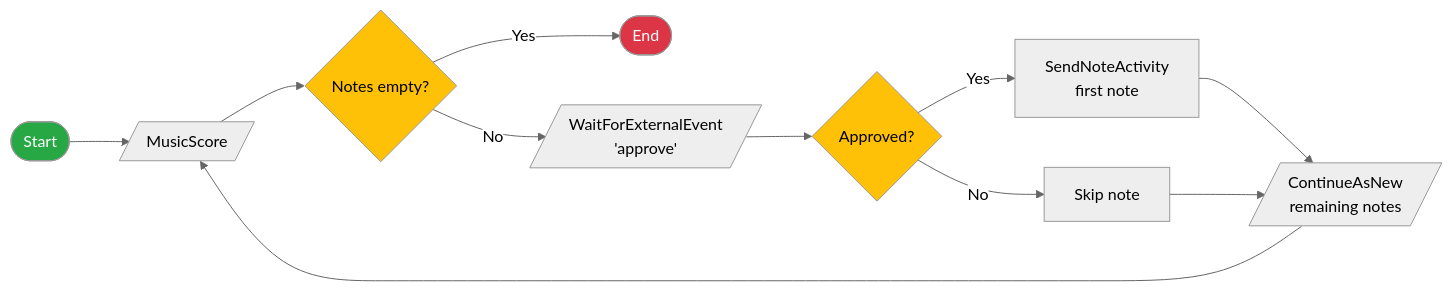
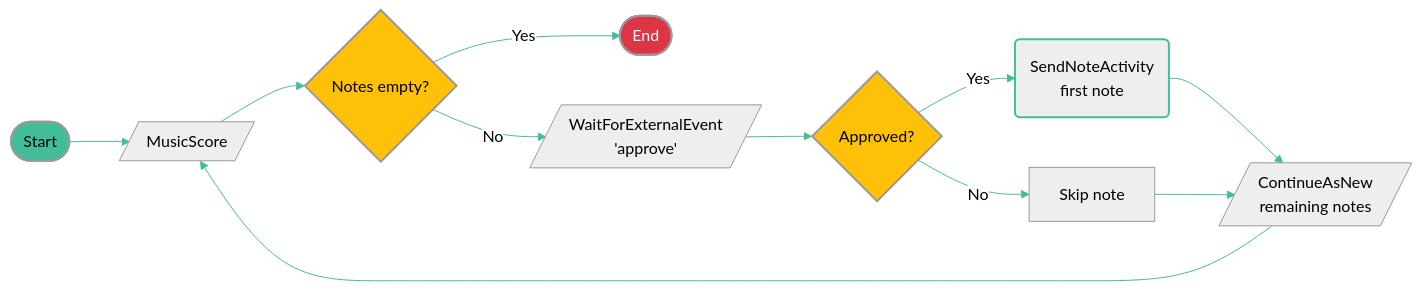
One commit to diagrid-labs/dapr-workflow-concerto changed the diagram in .demo/slides/03-tech-setup/04d-music-workflow-v5-diagram.md. Above: the diagram before and after it, drawn with Mermaid (neutral theme). The commit also changed 8 other files, not shown here.

Commit message:
Update mermaid styles

````diff
--- a/.demo/slides/03-tech-setup/04d-music-workflow-v5-diagram.md
+++ b/.demo/slides/03-tech-setup/04d-music-workflow-v5-diagram.md
@@ -7,21 +7,23 @@
 ```mermaid
 flowchart LR
     Start([Start]) --> Input[/MusicScore/]
     Input --> Empty{Notes empty?}
     Empty -->|Yes| Complete([End])
     Empty -->|No| Wait[/WaitForExternalEvent
     'approve'/]
     Wait --> Approved{Approved?}
-    Approved -->|Yes| Activity[SendNoteActivity
-    first note]
+    Approved -->|Yes| Activity(SendNoteActivity
+    first note)
     Approved -->|No| Skip[Skip note]
     Activity --> ContinueAsNew[/ContinueAsNew
     remaining notes/]
     Skip --> ContinueAsNew
     ContinueAsNew --> Input
 
-    style Start fill:#28a745,color:#ffffff
-    style Complete fill:#dc3545,color:#ffffff
-    style Empty fill:#ffc107,color:#000000
-    style Approved fill:#ffc107,color:#000000
+    style Start fill:#41bd9b,color:#000000,stroke-width:2px
+    style Complete fill:#dc3545,color:#ffffff,stroke-width:2px
+    style Empty fill:#ffc107,color:#000000,stroke-width:2px
+    style Approved fill:#ffc107,color:#000000,stroke-width:2px
+    style Activity stroke:#41bd9b,stroke-width:2px
+    linkStyle default stroke:#41bd9b,stroke-width:1px
 ```
````
